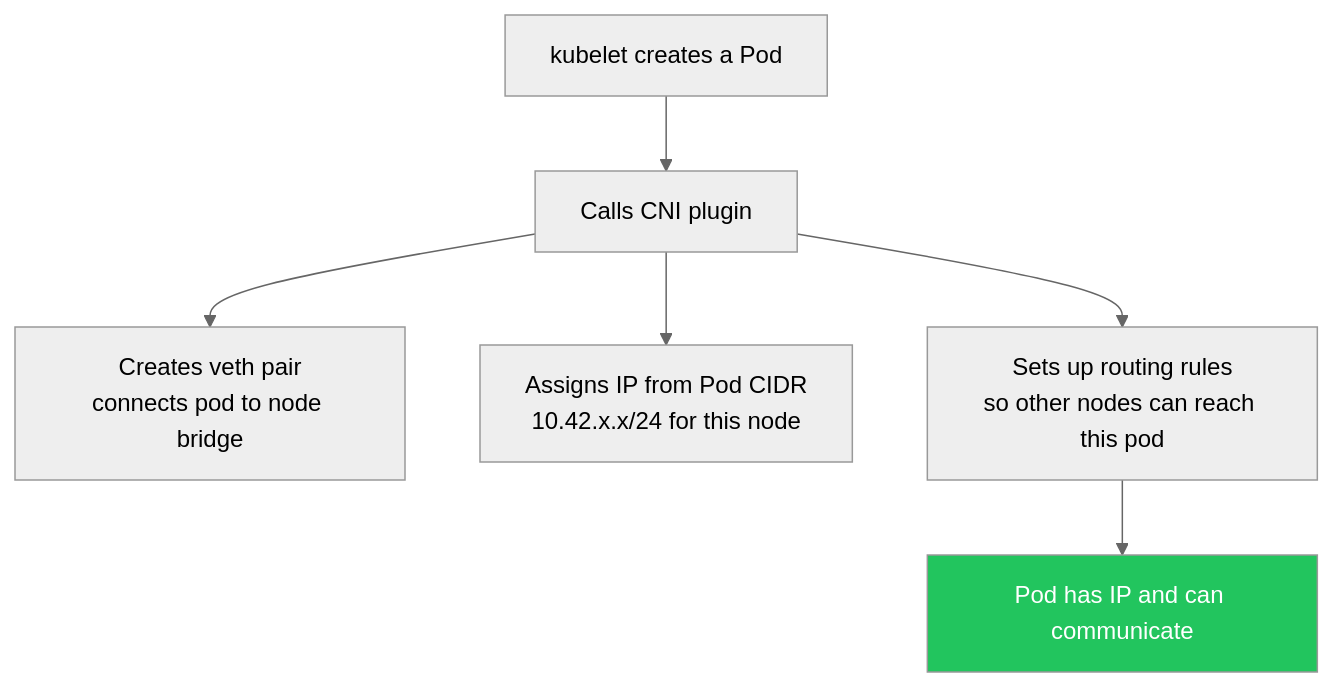
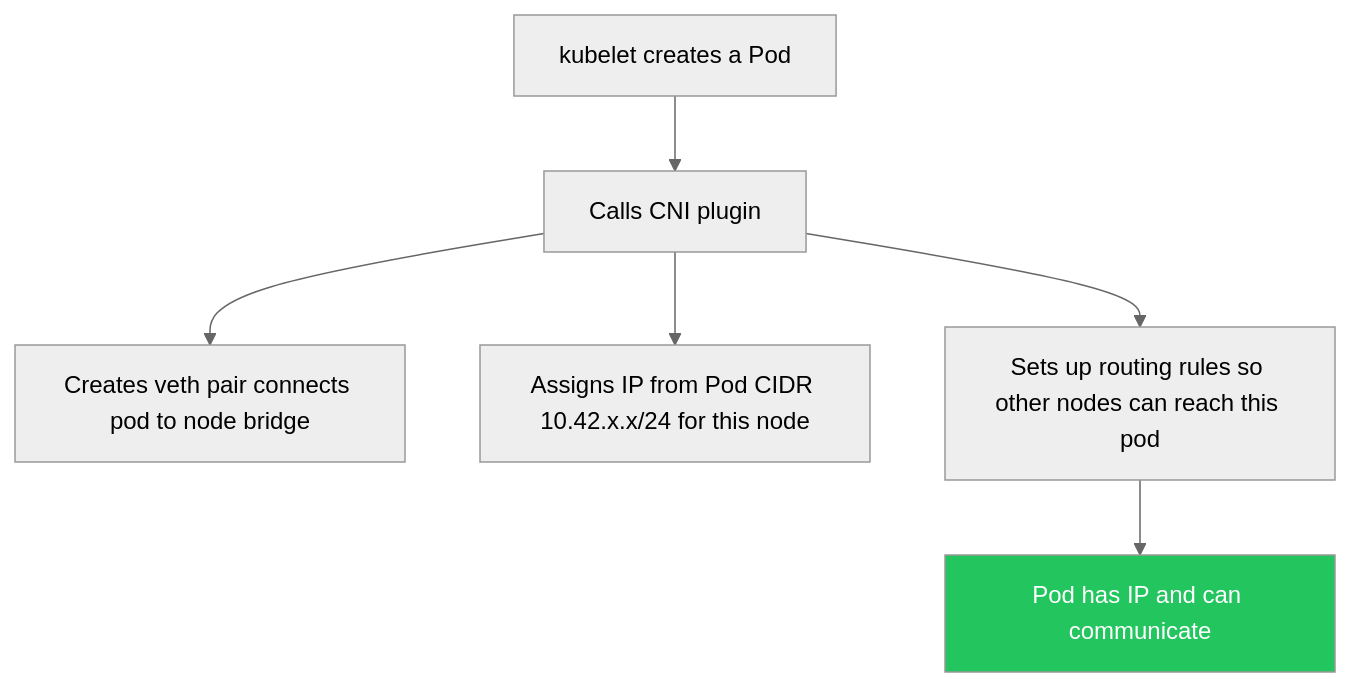
The first of 3 diagrams in 04_networking/01_flannel_and_cni.md (UncleJS/course_k3s), drawn with Mermaid (neutral theme) before and after one commit. The commit also changed other lines of this file and 57 other files, not shown here.

````diff
--- a/04_networking/01_flannel_and_cni.md
+++ b/04_networking/01_flannel_and_cni.md
@@ -30,10 +30,10 @@
 ```mermaid
 flowchart TD
     KL[kubelet creates a Pod] --> CNI[Calls CNI plugin]
-    CNI --> VETH[Creates veth pair\nconnects pod to node bridge]
-    CNI --> IPAM[Assigns IP from Pod CIDR\n10.42.x.x/24 for this node]
-    CNI --> ROUTE[Sets up routing rules\nso other nodes can reach this pod]
+    CNI --> VETH[Creates veth pair connects pod to node bridge]
+    CNI --> IPAM[Assigns IP from Pod CIDR 10.42.x.x/24 for this node]
+    CNI --> ROUTE[Sets up routing rules so other nodes can reach this pod]
     ROUTE --> DONE[Pod has IP and can communicate]
 
     style DONE fill:#22c55e,color:#fff
 ```
````
